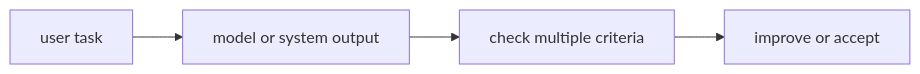
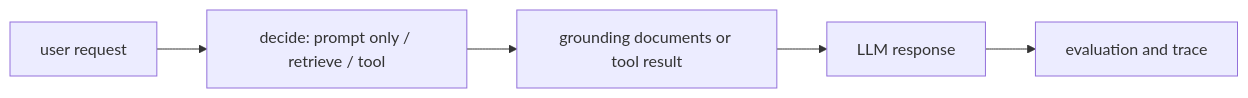
The diagram in docs/parts/part-05/chapter-17/section-01.md (devchan64/AiBook), drawn with Mermaid before and after one commit. The commit also changed other lines of this file and 47 other files, not shown here.

````diff
--- a/docs/parts/part-05/chapter-17/section-01.md
+++ b/docs/parts/part-05/chapter-17/section-01.md
@@ -148,9 +131,10 @@
 ```mermaid
 flowchart LR
-  A["user task"]
-  B["model or system output"]
-  C["check multiple criteria"]
-  D["improve or accept"]
+  A["user request"]
+  B["decide: prompt only / retrieve / tool"]
+  C["grounding documents or tool result"]
+  D["LLM response"]
+  E["evaluation and trace"]
 
-  A --> B --> C --> D
+  A --> B --> C --> D --> E
 ```
````
